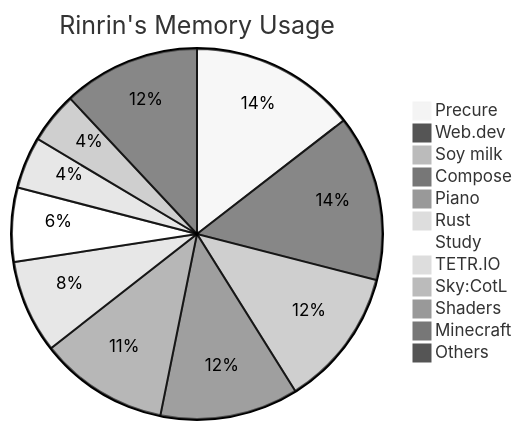
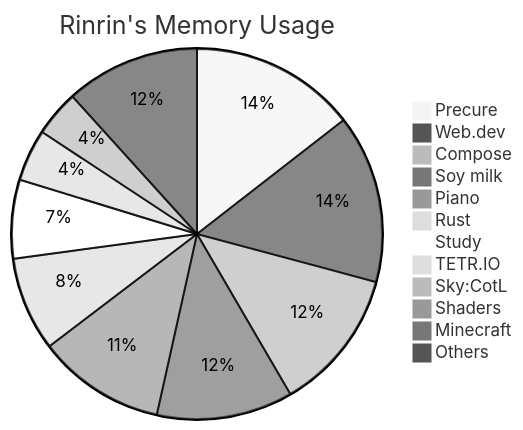
The diagram in README.md (Rinrin0413/Rinrin0413), drawn with Mermaid (neutral theme) before and after one commit.

Commit message:
🛠 Update: Rinrin's Memory Usage

````diff
--- a/README.md
+++ b/README.md
@@ -76,15 +76,15 @@
 ```mermaid
 pie title Rinrin's Memory Usage
-    "Precure": 588
-    "Web.dev": 587
-    "Soy milk": 490
-    "Compose": 489
-    "Piano": 456
-    "Rust": 330
-    "Study": 262
+    "Precure": 584
+    "Web.dev": 592
+    "Compose": 501
+    "Soy milk": 479
+    "Piano": 450
+    "Rust": 331
+    "Study": 277
     "TETR.IO": 183
-    "Sky:CotL": 181
+    "Sky:CotL": 162
     "Shaders": 30
     "Minecraft": 30
-    "Others": 485
+    "Others": 472
 ```
````
